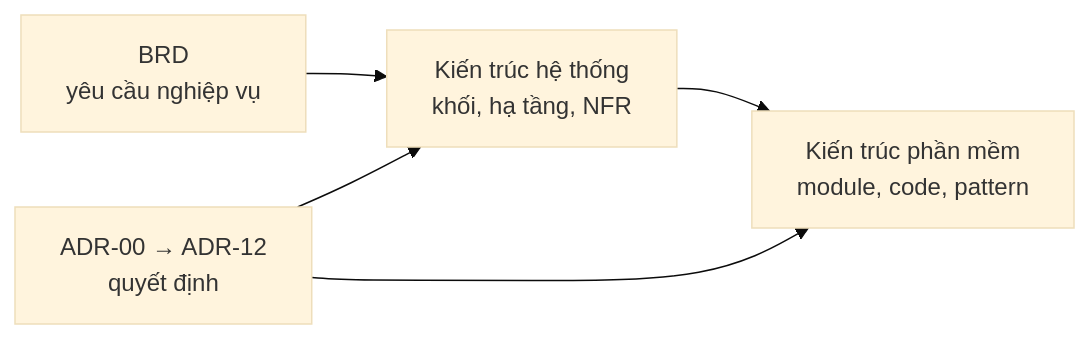
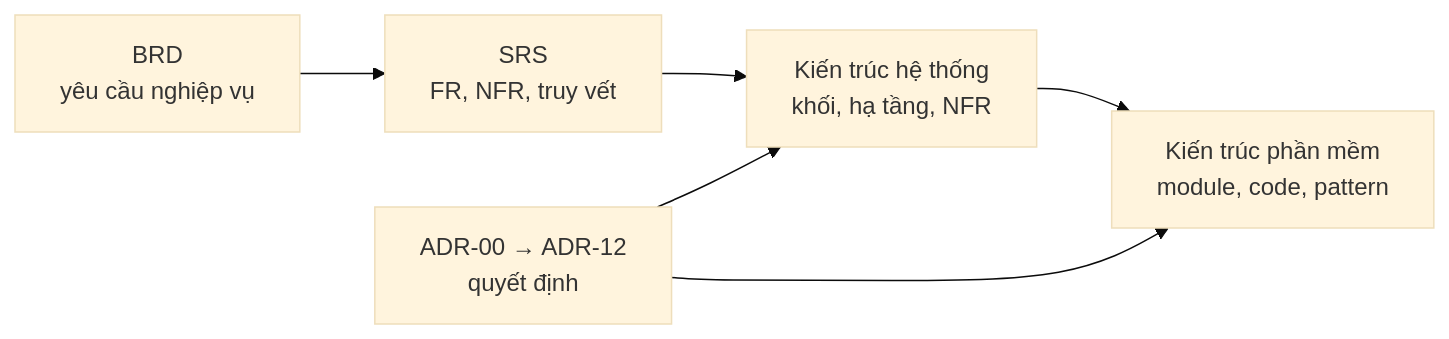
Before and after one commit to Acerchicken/HR-Enterprise-Platform: the diagram in docs/architecture/README.md, drawn with Mermaid (base theme). The commit also changed other lines of this file and 7 other files, not shown here.

First line of the commit message:
docs(requirements): split SRS out of BRD (BRD -> SRS -> SAD)

````diff
--- a/docs/architecture/README.md
+++ b/docs/architecture/README.md
@@ -10,7 +10,8 @@
 ```mermaid
 flowchart LR
-  brd[BRD<br/>yêu cầu nghiệp vụ] --> sys[Kiến trúc hệ thống<br/>khối, hạ tầng, NFR]
+  brd[BRD<br/>yêu cầu nghiệp vụ] --> srs[SRS<br/>FR, NFR, truy vết]
+  srs --> sys[Kiến trúc hệ thống<br/>khối, hạ tầng, NFR]
   sys --> sw[Kiến trúc phần mềm<br/>module, code, pattern]
   adr[ADR-00 → ADR-12<br/>quyết định] --> sys
   adr --> sw
 ```
````
